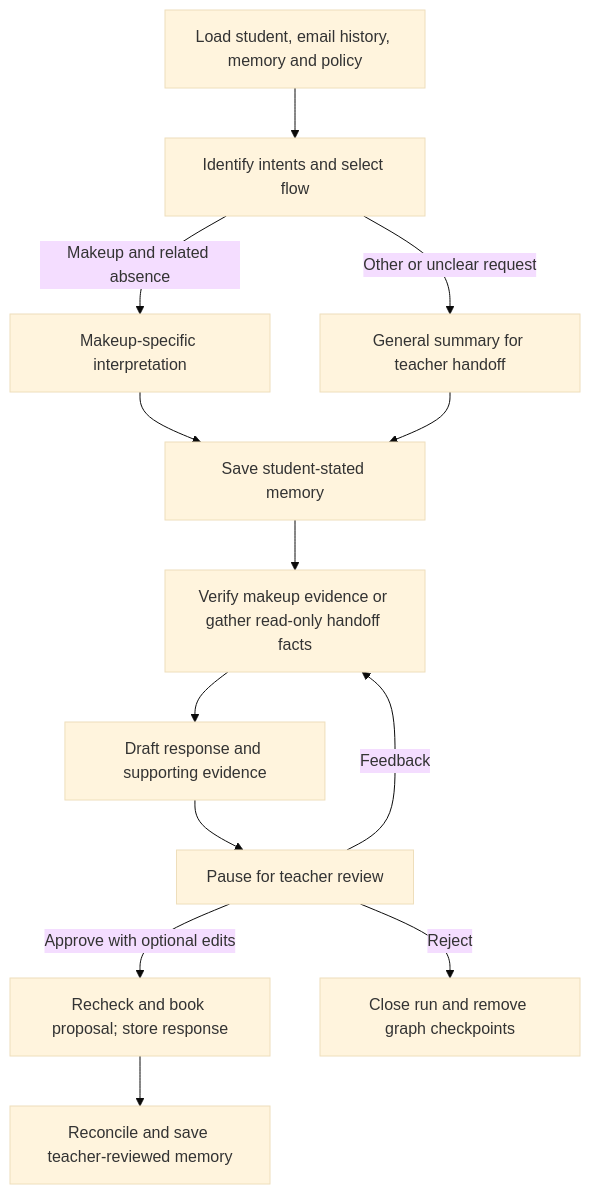
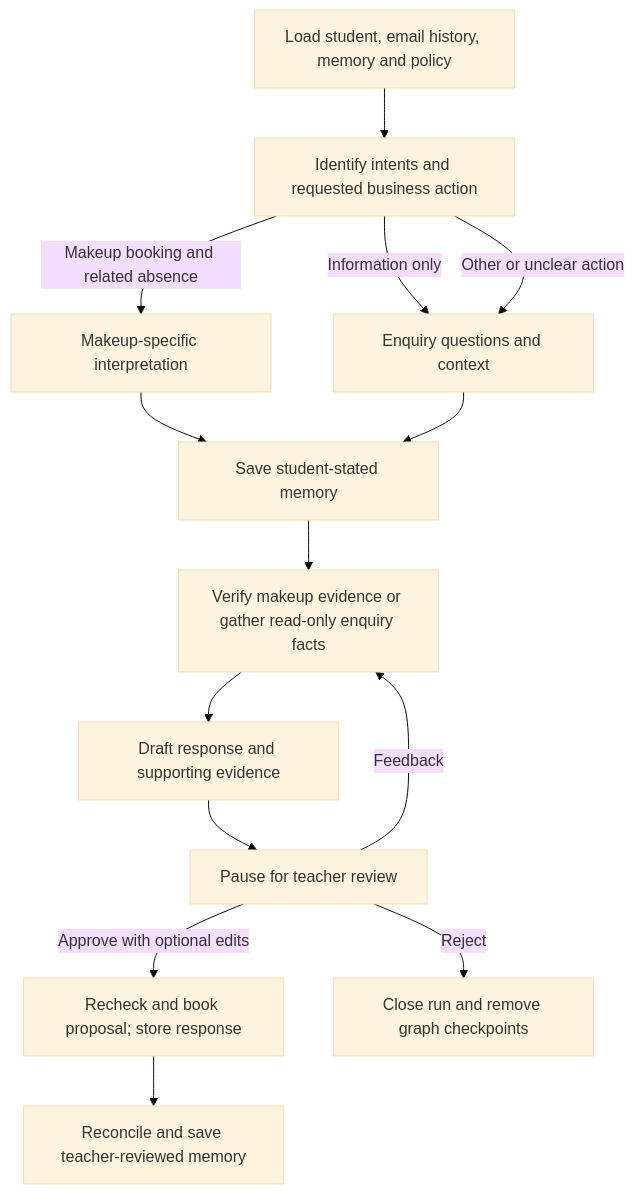
Before and after one commit to manjunjiangclara-cmyk/dance-studio-agent: the diagram in docs/03-makeup-workflow.md, drawn with Mermaid (base theme). The commit also changed other lines of this file and 36 other files, not shown here.

Commit message:
Add action-based enquiry routing and teacher review checklist

````diff
--- a/docs/03-makeup-workflow.md
+++ b/docs/03-makeup-workflow.md
@@ -5,15 +5,16 @@
 ```mermaid
 flowchart TD
-    A[Load student, email history, memory and policy] --> R[Identify intents and select flow]
-    R -->|Makeup and related absence| B[Makeup-specific interpretation]
-    R -->|Other or unclear request| X[General summary for teacher handoff]
+    A[Load student, email history, memory and policy] --> R[Identify intents and requested business action]
+    R -->|Makeup booking and related absence| B[Makeup-specific interpretation]
+    R -->|Information only| X[Enquiry questions and context]
+    R -->|Other or unclear action| X
     B --> C[Save student-stated memory]
     X --> C
-    C --> D[Verify makeup evidence or gather read-only handoff facts]
+    C --> D[Verify makeup evidence or gather read-only enquiry facts]
     D --> E[Draft response and supporting evidence]
     E --> F[Pause for teacher review]
     F -->|Feedback| D
     F -->|Approve with optional edits| G[Recheck and book proposal; store response]
     G --> H[Reconcile and save teacher-reviewed memory]
     F -->|Reject| I[Close run and remove graph checkpoints]
 ```
````
